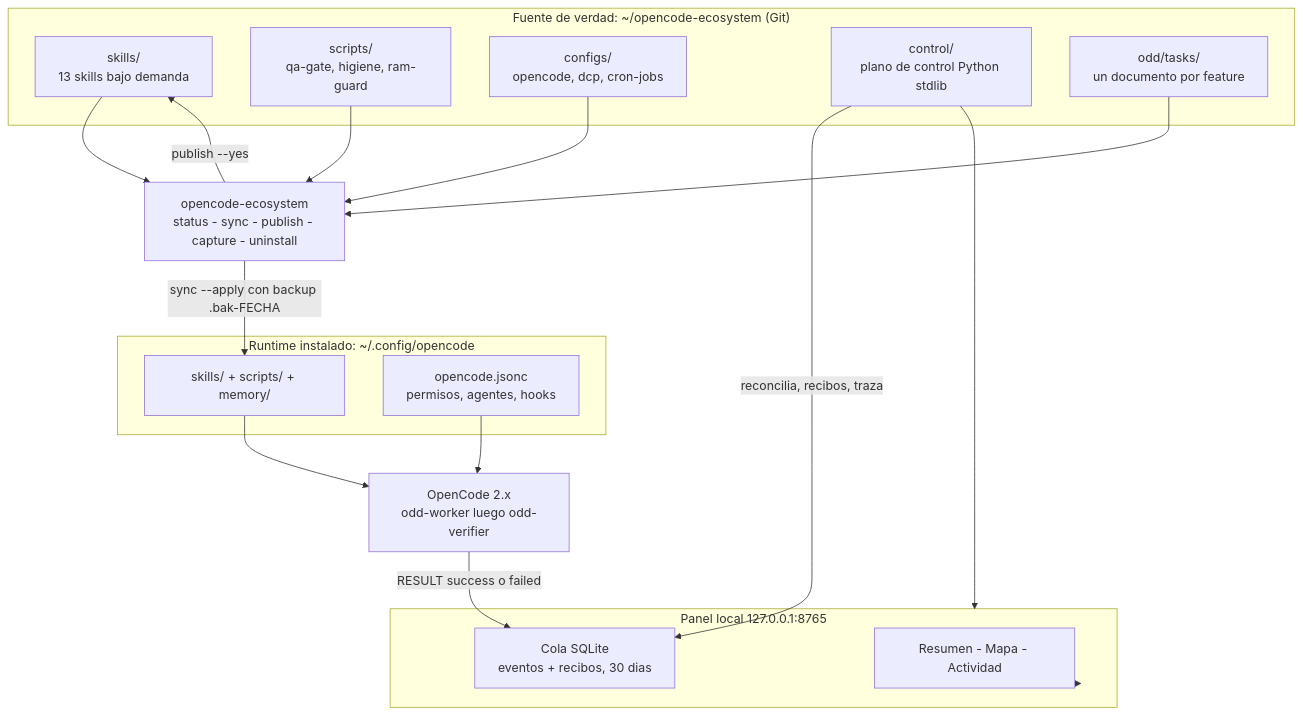
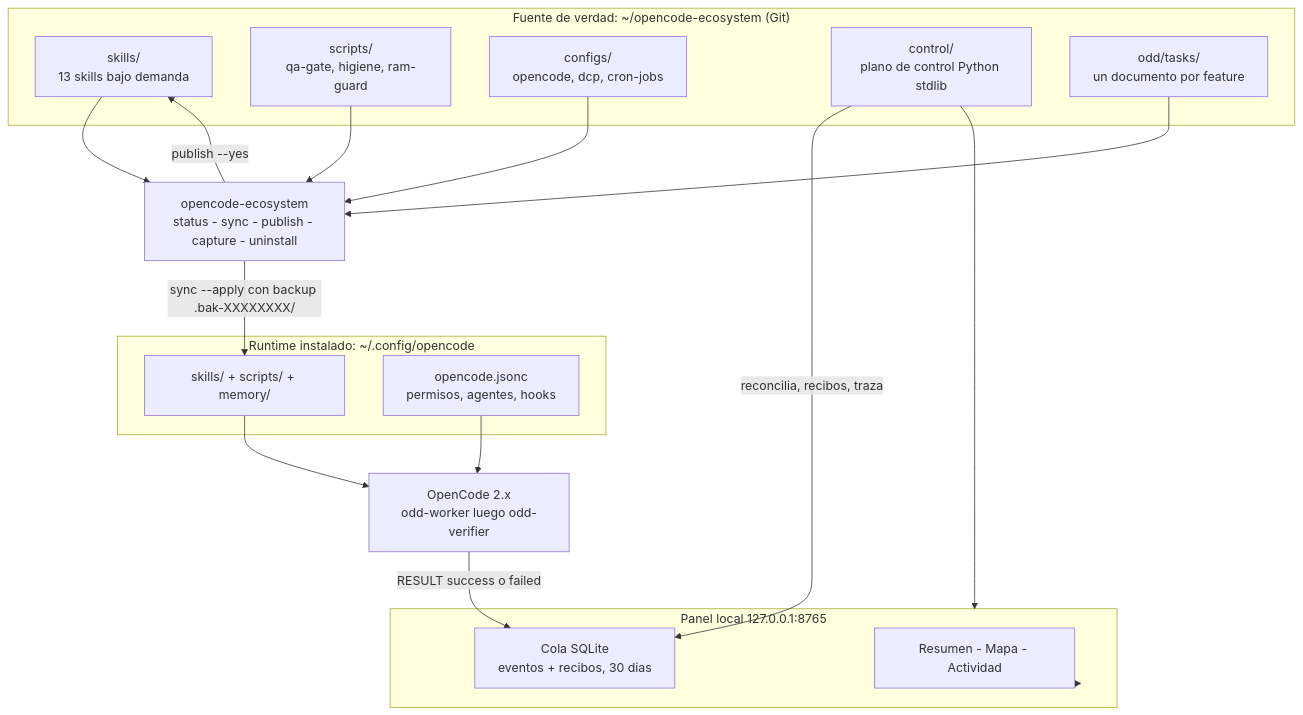
The first of 3 diagrams in README.md (Rukawua26/opencode-ecosystem), drawn with Mermaid before and after one commit. The commit also changed other lines of this file and 10 other files, not shown here.

````diff
--- a/README.md
+++ b/README.md
@@ -53,37 +53,37 @@
 ```mermaid
 flowchart TB
     subgraph ECO["Fuente de verdad: ~/opencode-ecosystem (Git)"]
         A1["skills/<br/>13 skills bajo demanda"]
         A2["scripts/<br/>qa-gate, higiene, ram-guard"]
         A3["configs/<br/>opencode, dcp, cron-jobs"]
         A4["control/<br/>plano de control Python stdlib"]
         A5["odd/tasks/<br/>un documento por feature"]
     end
 
     CLI["opencode-ecosystem<br/>status - sync - publish - capture - uninstall"]
 
     subgraph CFG["Runtime instalado: ~/.config/opencode"]
         B1["skills/ + scripts/ + memory/"]
         B2["opencode.jsonc<br/>permisos, agentes, hooks"]
     end
 
     OC["OpenCode 2.x<br/>odd-worker luego odd-verifier"]
 
     subgraph PANEL["Panel local 127.0.0.1:8765"]
         C1["Resumen - Mapa - Actividad"]
         C2["Cola SQLite<br/>eventos + recibos, 30 dias"]
     end
 
     A1 --> CLI
     A2 --> CLI
     A3 --> CLI
     A5 --> CLI
-    CLI -->|"sync --apply con backup .bak-FECHA"| B1
+    CLI -->|"sync --apply con backup .bak-XXXXXXXX/"| B1
     CLI -->|"publish --yes"| A1
     B1 --> OC
     B2 --> OC
     A4 --> PANEL
     A4 -->|"reconcilia, recibos, traza"| C2
     PANEL --> C1
     OC -->|"RESULT success o failed"| C2
 ```
````
